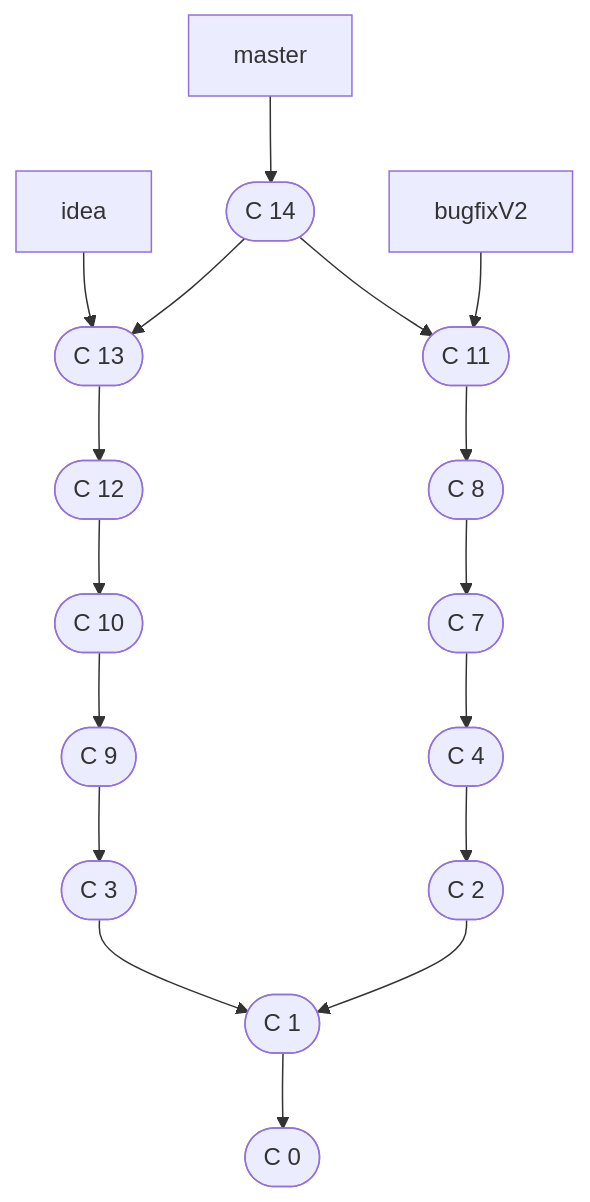
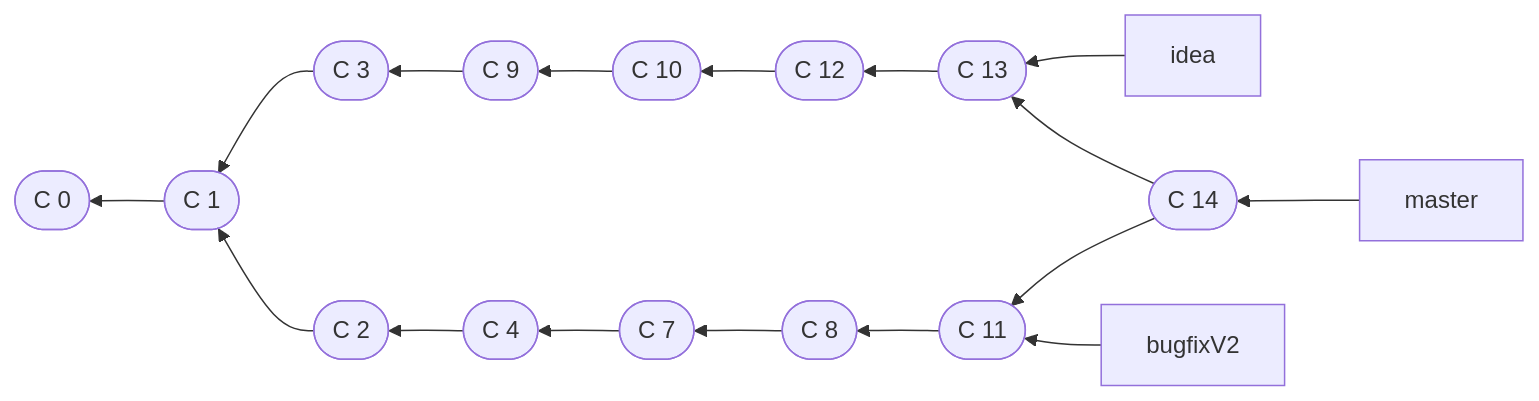
Before and after one commit to ZhouYuan123/PersonalNoteTaking: the third of 12 diagrams in Programming/Git.md, drawn with Mermaid. The commit also changed other lines of this file and 2 other files, not shown here.

````diff
--- a/Programming/Git.md
+++ b/Programming/Git.md
@@ -267,7 +267,7 @@
 ```mermaid
-graph TD
+graph RL
 	idea-->C13([C 13]);
 	master-->C14([C 14])-->C13([C 13])-->C12([C 12])-->C10([C 10])-->C9([C 9])-->C3([C 3])-->C1([C 1])-->C0([C 0]);
 	C14 -->C11([C 11])-->C8([C 8])-->C7([C 7])-->C4([C 4])-->C2([C 2])-->C1([C 1]);
 	bugfixV2-->C11([C 11]);
 ```
````
